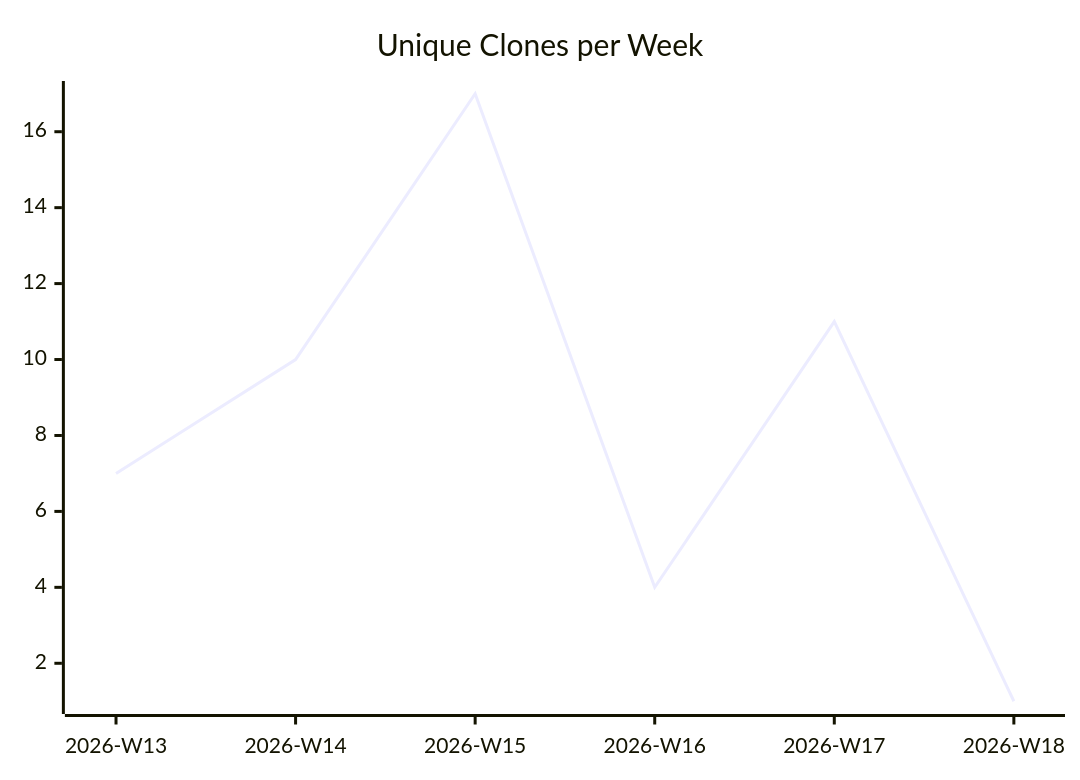
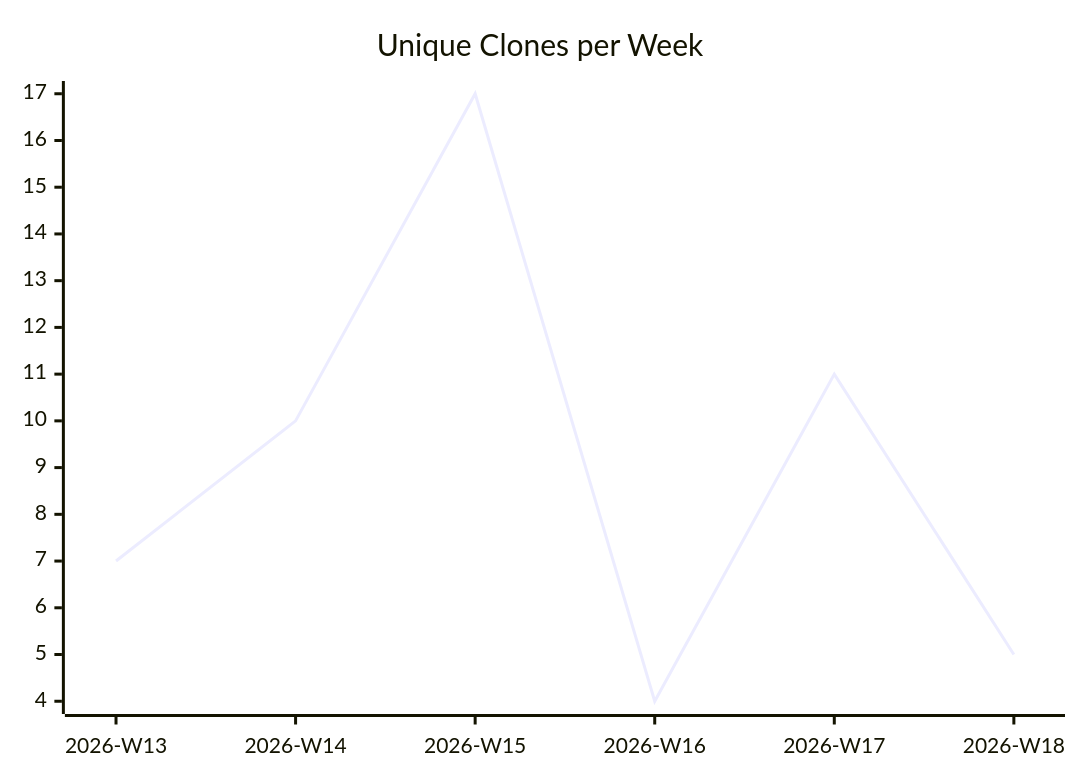
The third of 3 diagrams in karlmdavis/ksoap2-android/README.md (justdavis-family/github-analytics-data), drawn with Mermaid before and after one commit. The commit also changed other lines of this file and 184 other files, not shown here.

````diff
--- a/karlmdavis/ksoap2-android/README.md
+++ b/karlmdavis/ksoap2-android/README.md
@@ -19,6 +19,6 @@
 ```mermaid
 xychart-beta
   title "Unique Clones per Week"
   x-axis ["2026-W13", "2026-W14", "2026-W15", "2026-W16", "2026-W17", "2026-W18"]
-  line [7, 10, 17, 4, 11, 1]
+  line [7, 10, 17, 4, 11, 5]
 ```
````
